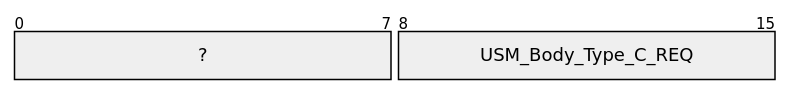
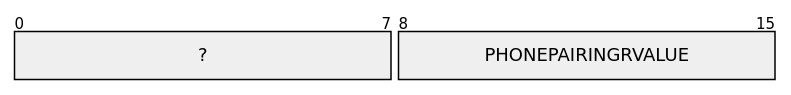
Diagram 27 of 33 in docs/spec/hkmc-gen5w.md (W-Floyd/go-micomd), drawn with Mermaid (neutral theme) before and after one commit. The commit also changed other lines of this file and 3 other files, not shown here.

First line of the commit message:
hkmc-gen5w: USM NFC and body type frames as [item, value], named by the stock USM tables

````diff
--- a/docs/spec/hkmc-gen5w.md
+++ b/docs/spec/hkmc-gen5w.md
@@ -970,5 +942,5 @@
 ```mermaid
 packet-beta
 0-7: "?"
-8-15: "USM_Body_Type_C_REQ"
+8-15: "PHONEPAIRINGRVALUE"
 ```
````
